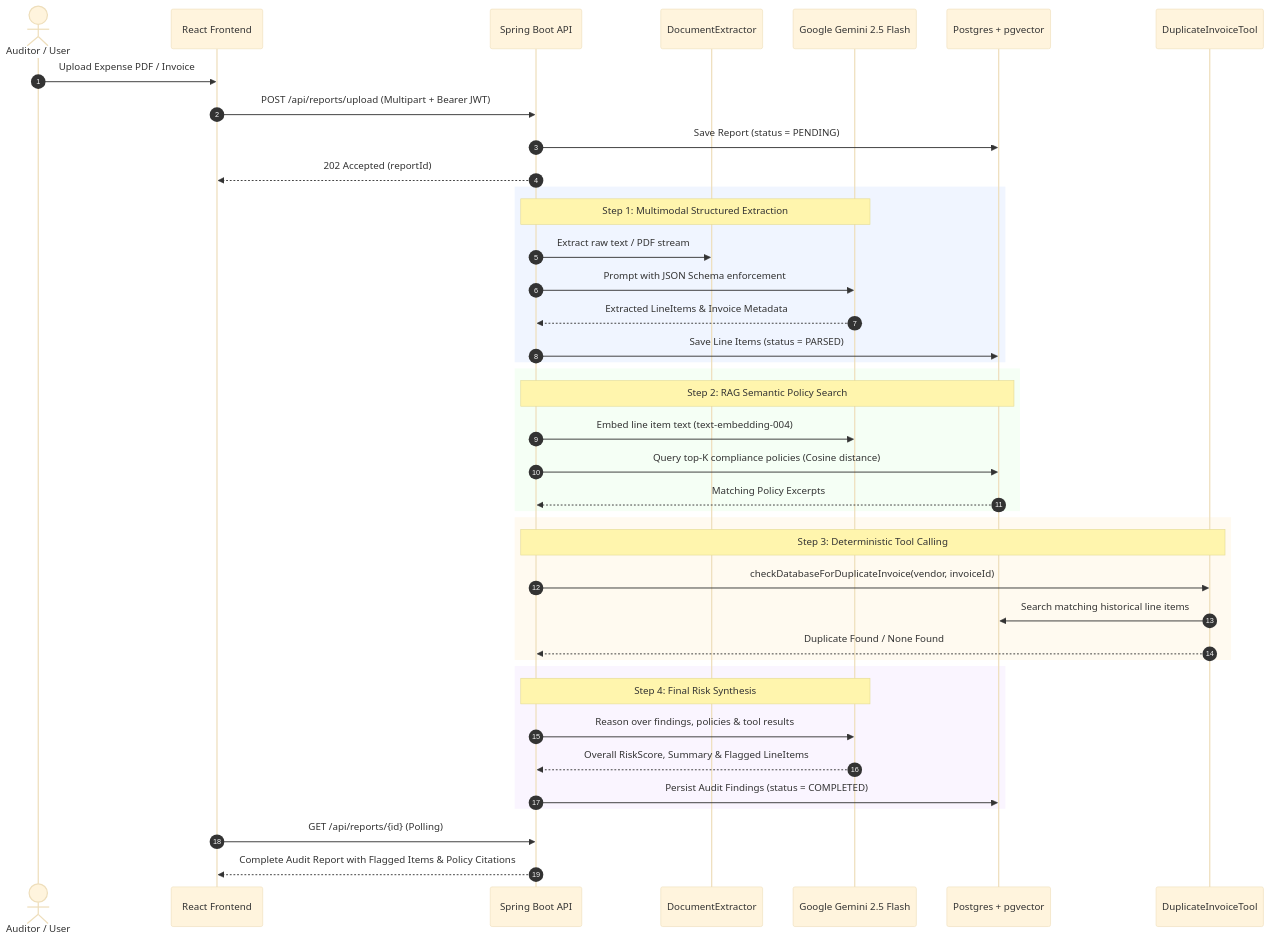
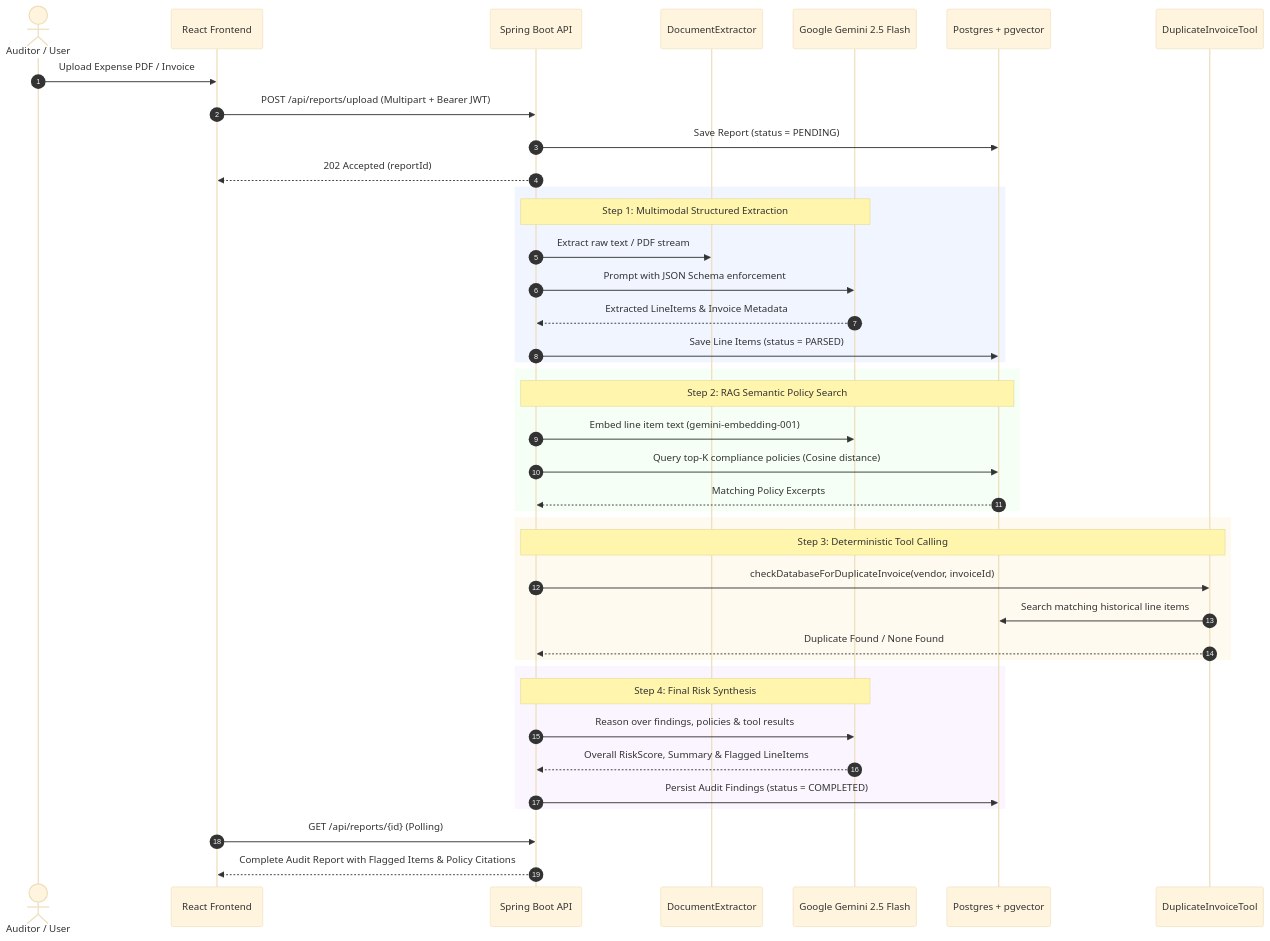
Before and after one commit to karanbhati05/FinAudit-AI: the diagram in README.md, drawn with Mermaid (base theme). The commit also changed other lines of this file and 8 other files, not shown here.

Commit message:
fix(embedding): migrate to gemini-embedding-001 with 768-dim output and robust audit parsing

````diff
--- a/README.md
+++ b/README.md
@@ -85,48 +85,48 @@
 ```mermaid
 sequenceDiagram
     autonumber
     actor Auditor as Auditor / User
     participant UI as React Frontend
     participant API as Spring Boot API
     participant Ext as DocumentExtractor
     participant Gemini as Google Gemini 2.5 Flash
     participant DB as Postgres + pgvector
     participant Tool as DuplicateInvoiceTool
 
     Auditor->>UI: Upload Expense PDF / Invoice
     UI->>API: POST /api/reports/upload (Multipart + Bearer JWT)
     API->>DB: Save Report (status = PENDING)
     API-->>UI: 202 Accepted (reportId)
     
     rect rgb(240, 245, 255)
     Note over API,Gemini: Step 1: Multimodal Structured Extraction
     API->>Ext: Extract raw text / PDF stream
     API->>Gemini: Prompt with JSON Schema enforcement
     Gemini-->>API: Extracted LineItems & Invoice Metadata
     API->>DB: Save Line Items (status = PARSED)
     end
 
     rect rgb(245, 255, 245)
     Note over API,DB: Step 2: RAG Semantic Policy Search
-    API->>Gemini: Embed line item text (text-embedding-004)
+    API->>Gemini: Embed line item text (gemini-embedding-001)
     API->>DB: Query top-K compliance policies (Cosine distance)
     DB-->>API: Matching Policy Excerpts
     end
 
     rect rgb(255, 250, 240)
     Note over API,Tool: Step 3: Deterministic Tool Calling
     API->>Tool: checkDatabaseForDuplicateInvoice(vendor, invoiceId)
     Tool->>DB: Search matching historical line items
     Tool-->>API: Duplicate Found / None Found
     end
 
     rect rgb(250, 245, 255)
     Note over API,Gemini: Step 4: Final Risk Synthesis
     API->>Gemini: Reason over findings, policies & tool results
     Gemini-->>API: Overall RiskScore, Summary & Flagged LineItems
     API->>DB: Persist Audit Findings (status = COMPLETED)
     end
 
     UI->>API: GET /api/reports/{id} (Polling)
     API-->>UI: Complete Audit Report with Flagged Items & Policy Citations
 ```
````
